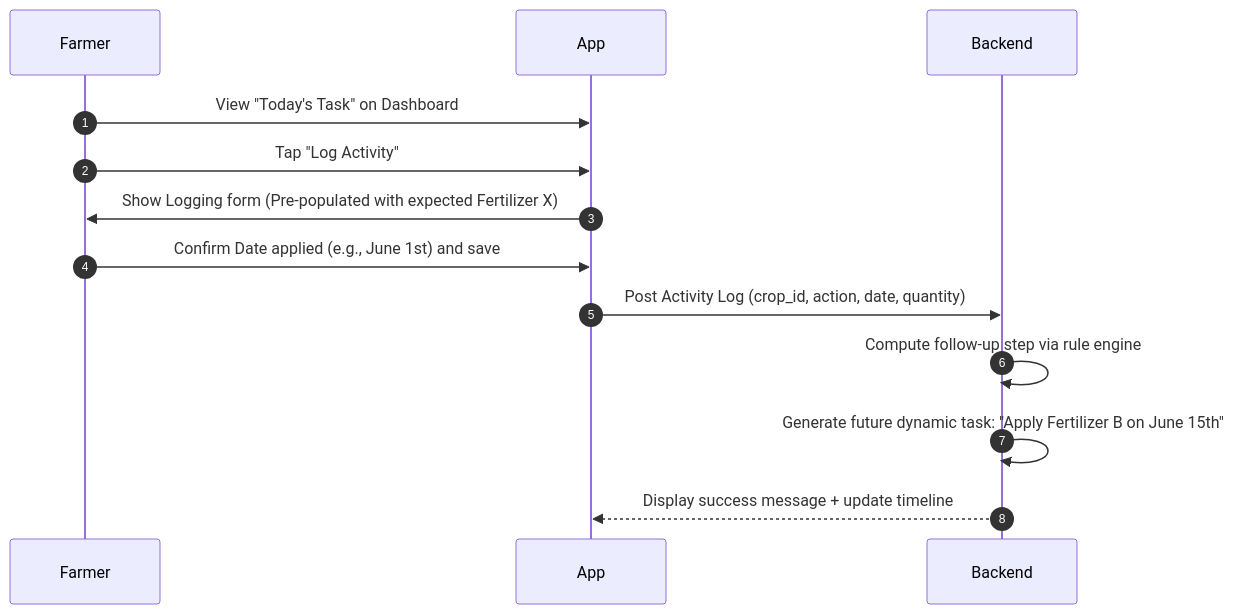
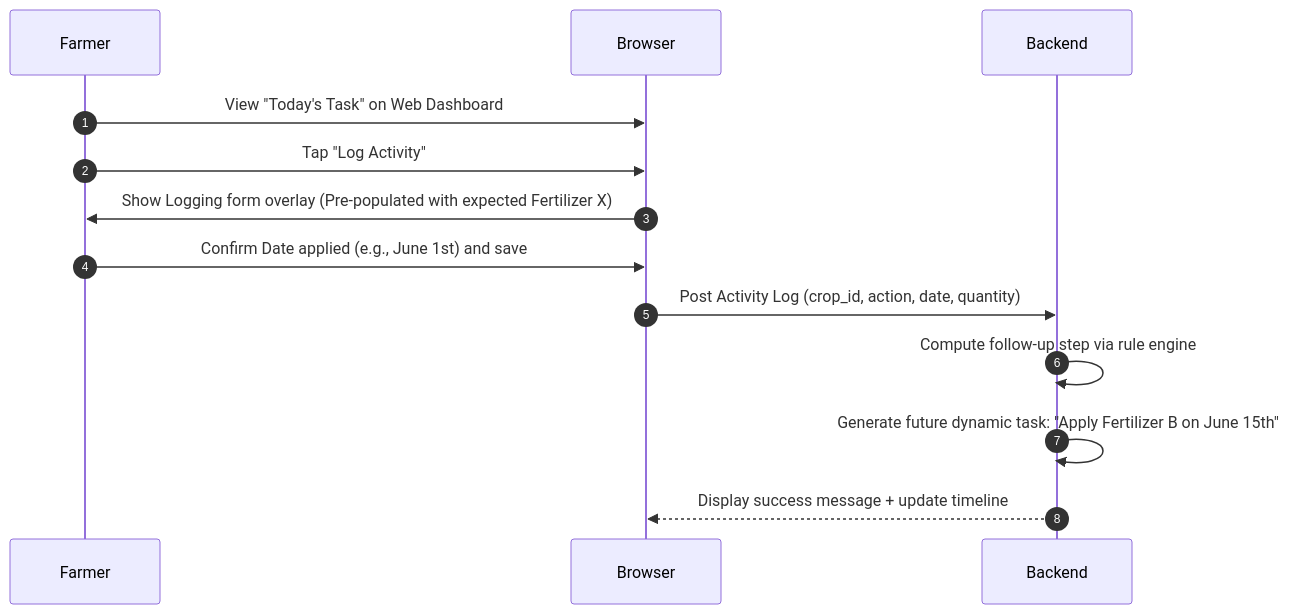
Before and after one commit to priyanshu7739410/Kisaan-Sathi: the third of 4 diagrams in docs/product/user-flows.md, drawn with Mermaid. The commit also changed other lines of this file and 1992 other files, not shown here.

````diff
--- a/docs/product/user-flows.md
+++ b/docs/product/user-flows.md
@@ -53,12 +53,12 @@
 ```mermaid
 sequenceDiagram
     autonumber
-    Farmer->>App: View "Today's Task" on Dashboard
-    Farmer->>App: Tap "Log Activity"
-    App->>Farmer: Show Logging form (Pre-populated with expected Fertilizer X)
-    Farmer->>App: Confirm Date applied (e.g., June 1st) and save
-    App->>Backend: Post Activity Log (crop_id, action, date, quantity)
+    Farmer->>Browser: View "Today's Task" on Web Dashboard
+    Farmer->>Browser: Tap "Log Activity"
+    Browser->>Farmer: Show Logging form overlay (Pre-populated with expected Fertilizer X)
+    Farmer->>Browser: Confirm Date applied (e.g., June 1st) and save
+    Browser->>Backend: Post Activity Log (crop_id, action, date, quantity)
     Backend->>Backend: Compute follow-up step via rule engine
     Backend->>Backend: Generate future dynamic task: "Apply Fertilizer B on June 15th"
-    Backend-->>App: Display success message + update timeline
+    Backend-->>Browser: Display success message + update timeline
 ```
````
